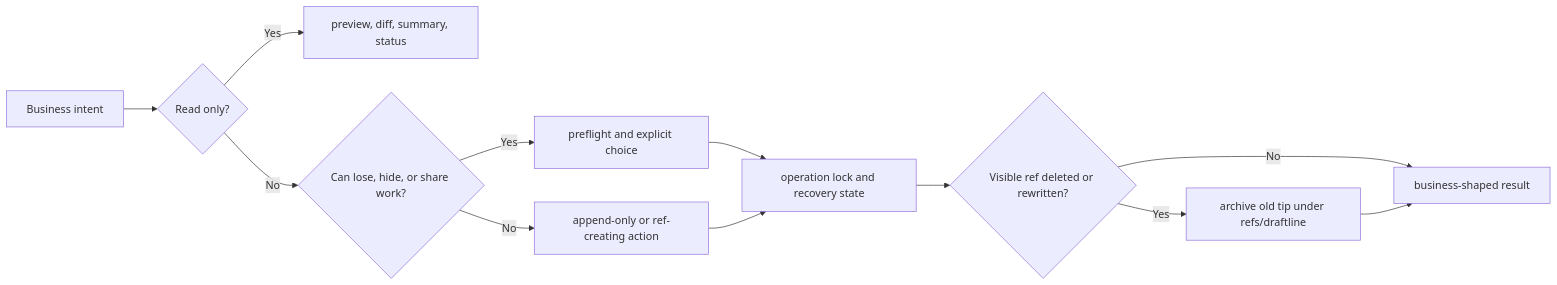
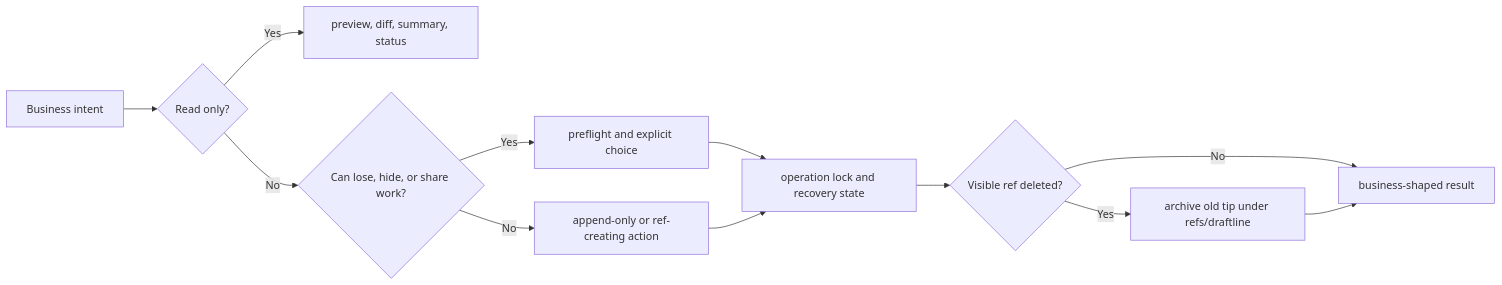
The diagram in site/src/content/docs/docs/index.md (sethjuarez/draftline), drawn with Mermaid before and after one commit. The commit also changed other lines of this file and 44 other files, not shown here.

````diff
--- a/site/src/content/docs/docs/index.md
+++ b/site/src/content/docs/docs/index.md
@@ -34,14 +34,14 @@
 ```mermaid
 flowchart LR
     A[Business intent] --> B{Read only?}
     B -- Yes --> C[preview, diff, summary, status]
     B -- No --> D{Can lose, hide, or share work?}
     D -- Yes --> E[preflight and explicit choice]
     D -- No --> F[append-only or ref-creating action]
     E --> G[operation lock and recovery state]
     F --> G
-    G --> H{Visible ref deleted or rewritten?}
+    G --> H{Visible ref deleted?}
     H -- Yes --> I[archive old tip under refs/draftline]
     H -- No --> J[business-shaped result]
     I --> J
 ```
````
